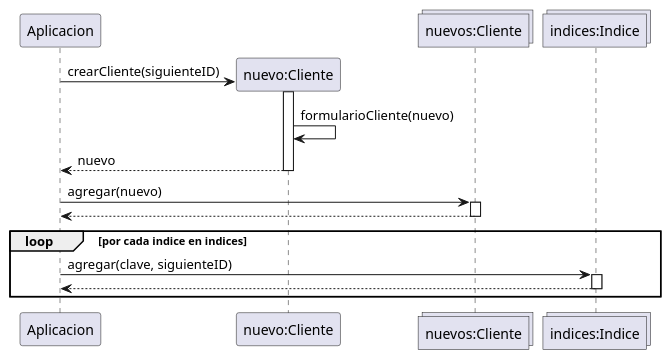
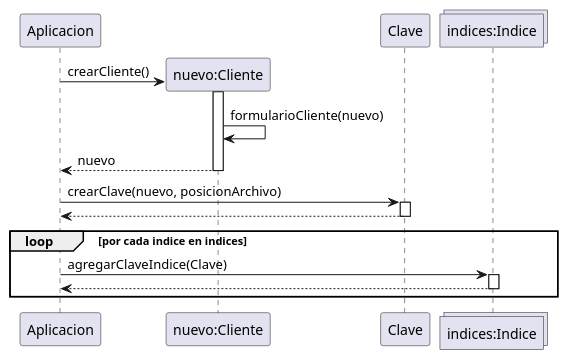
One commit to HeraclitoDeEfeso/TP-final-parte-2 changed the diagram in altacliente.puml. Above: the diagram before and after it, drawn with PlantUML.

Commit message:
Aplicacion: diagrama de secuencia altaCliente

```diff
--- a/altacliente.puml
+++ b/altacliente.puml
@@ -1,22 +1,22 @@
 @startuml
 
 participant Aplicacion
 participant "nuevo:Cliente" as Cliente
-collections "nuevos:Cliente" as Lista
+participant Clave
 collections "indices:Indice" as Indice
 
 create Cliente
-Aplicacion -> Cliente: crearCliente(siguienteID)
+Aplicacion -> Cliente: crearCliente()
 activate Cliente
 Cliente -> Cliente: formularioCliente(nuevo)
 return nuevo
-Aplicacion -> Lista: agregar(nuevo)
-activate Lista
-return 
+Aplicacion -> Clave: crearClave(nuevo, posicionArchivo)
+activate Clave
+return
 loop por cada indice en indices
-	Aplicacion -> Indice: agregar(clave, siguienteID)
+	Aplicacion -> Indice: agregarClaveIndice(Clave)
 	activate Indice
-	return 
+	return
 end
 
 @enduml
```
